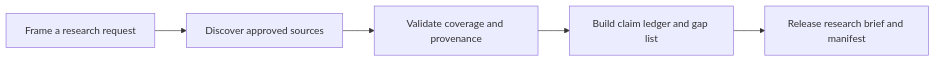
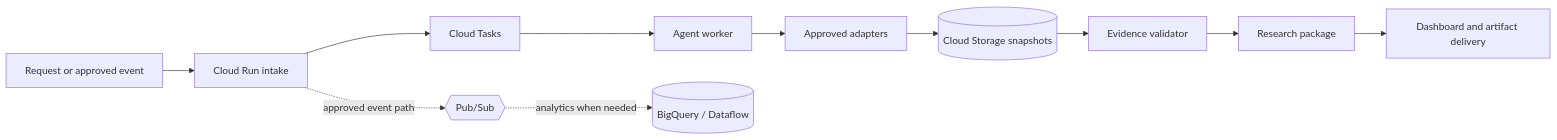
Before and after one commit to ousssamarahmani/Groundpulse-Research-Agent: the diagram in README.md, drawn with Mermaid. The commit also changed other lines of this file and 10 other files, not shown here.

````diff
--- a/README.md
+++ b/README.md
@@ -28,7 +46,13 @@
 ```mermaid
 flowchart LR
-  A[Frame a research request] --> B[Discover approved sources]
-  B --> C[Validate coverage and provenance]
-  C --> D[Build claim ledger and gap list]
-  D --> E[Release research brief and manifest]
+  U[Request or approved event] --> I[Cloud Run intake]
+  I --> Q[Cloud Tasks]
+  Q --> W[Agent worker]
+  W --> A[Approved adapters]
+  A --> S[(Cloud Storage snapshots)]
+  S --> V[Evidence validator]
+  V --> P[Research package]
+  P --> D[Dashboard and artifact delivery]
+  I -. approved event path .-> B{{Pub/Sub}}
+  B -. analytics when needed .-> X[(BigQuery / Dataflow)]
 ```
````
